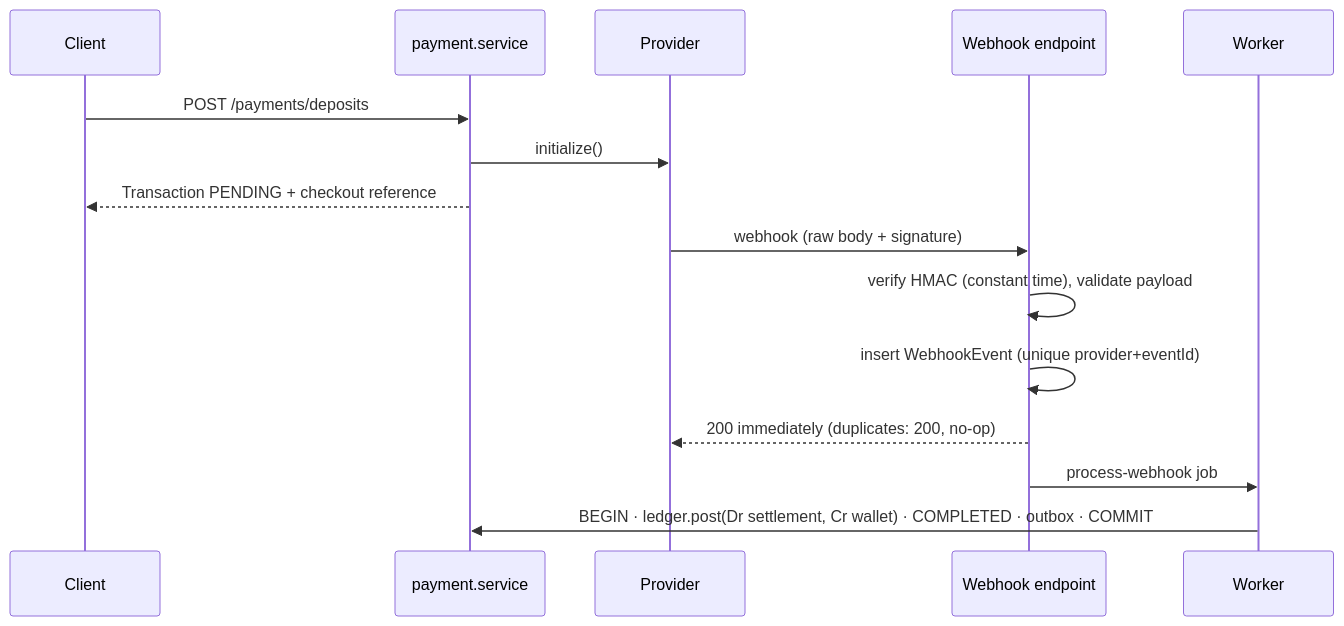
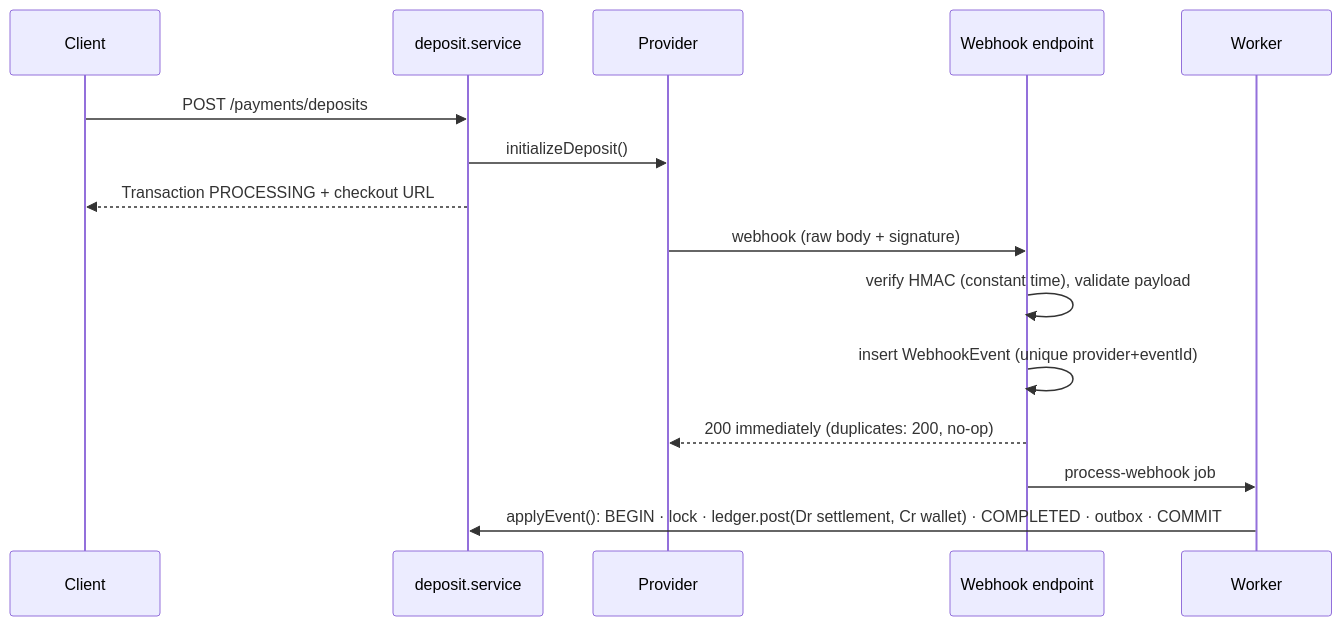
One commit to emmybest19/fundra changed the seventh of 8 diagrams in docs/ARCHITECTURE.md. Above: the diagram before and after it, drawn with Mermaid. The commit also changed other lines of this file and 19 other files, not shown here.

Commit message:
feat(payments): add deposits with provider checkout and event application

````diff
--- a/docs/ARCHITECTURE.md
+++ b/docs/ARCHITECTURE.md
@@ -576,18 +576,18 @@
 ```mermaid
 sequenceDiagram
     participant C as Client
-    participant P as payment.service
+    participant P as deposit.service
     participant PSP as Provider
     participant W as Webhook endpoint
     participant Q as Worker
 
     C->>P: POST /payments/deposits
-    P->>PSP: initialize()
-    P-->>C: Transaction PENDING + checkout reference
+    P->>PSP: initializeDeposit()
+    P-->>C: Transaction PROCESSING + checkout URL
     PSP->>W: webhook (raw body + signature)
     W->>W: verify HMAC (constant time), validate payload
     W->>W: insert WebhookEvent (unique provider+eventId)
     W-->>PSP: 200 immediately (duplicates: 200, no-op)
     W->>Q: process-webhook job
-    Q->>P: BEGIN · ledger.post(Dr settlement, Cr wallet) · COMPLETED · outbox · COMMIT
+    Q->>P: applyEvent(): BEGIN · lock · ledger.post(Dr settlement, Cr wallet) · COMPLETED · outbox · COMMIT
 ```
````
